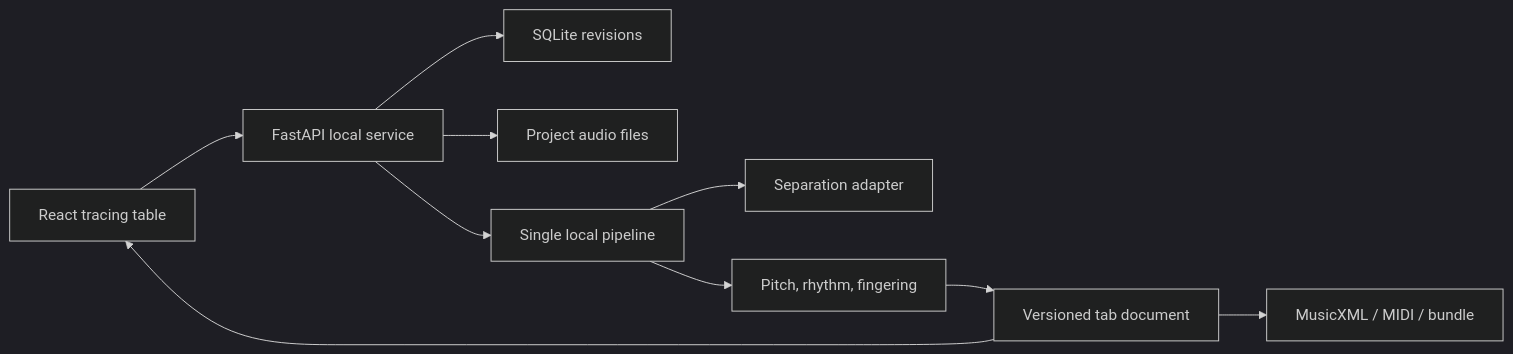
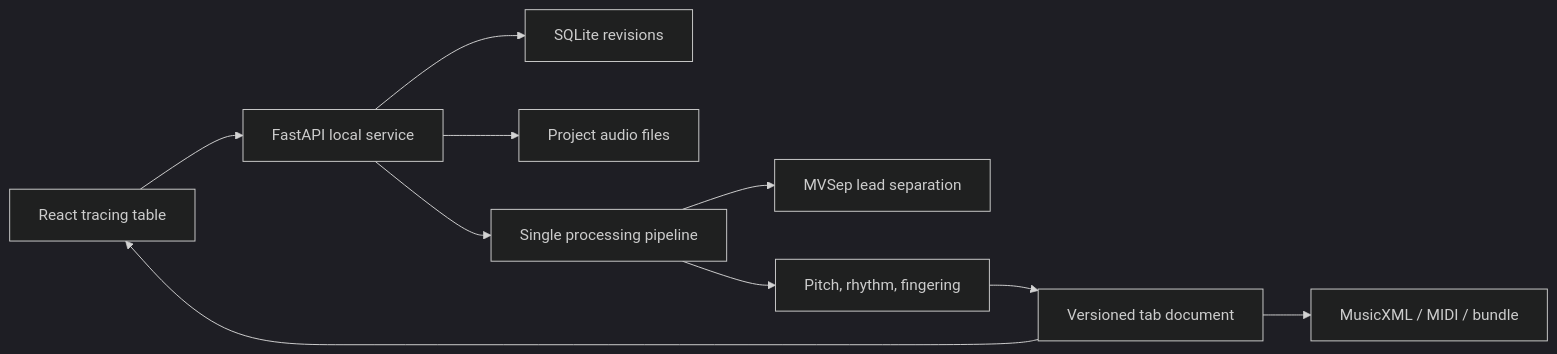
The diagram in README.md (EzraCerpac/solotrace), drawn with Mermaid (dark theme) before and after one commit. The commit also changed other lines of this file and 24 other files, not shown here.

Commit message:
feat: ship MVSep lead pipeline

````diff
--- a/README.md
+++ b/README.md
@@ -33,12 +36,12 @@
 ```mermaid
 flowchart LR
   UI["React tracing table"] --> API["FastAPI local service"]
   API --> DB["SQLite revisions"]
   API --> MEDIA["Project audio files"]
-  API --> PIPE["Single local pipeline"]
-  PIPE --> SEP["Separation adapter"]
+  API --> PIPE["Single processing pipeline"]
+  PIPE --> SEP["MVSep lead separation"]
   PIPE --> NOTES["Pitch, rhythm, fingering"]
   NOTES --> DOC["Versioned tab document"]
   DOC --> UI
   DOC --> OUT["MusicXML / MIDI / bundle"]
 ```
````
